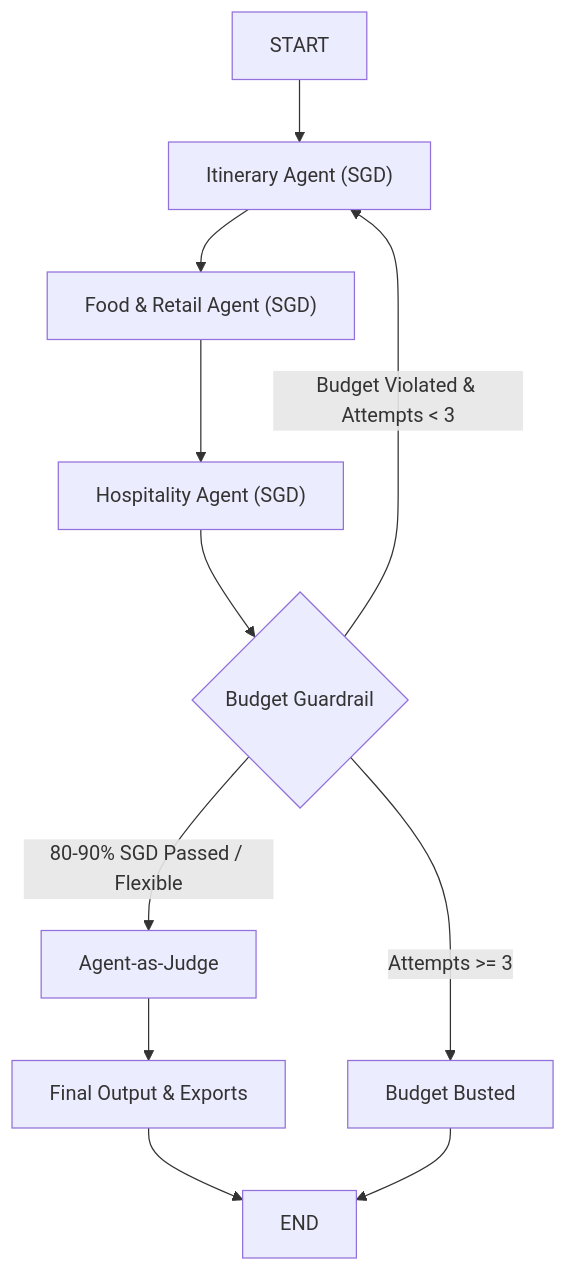
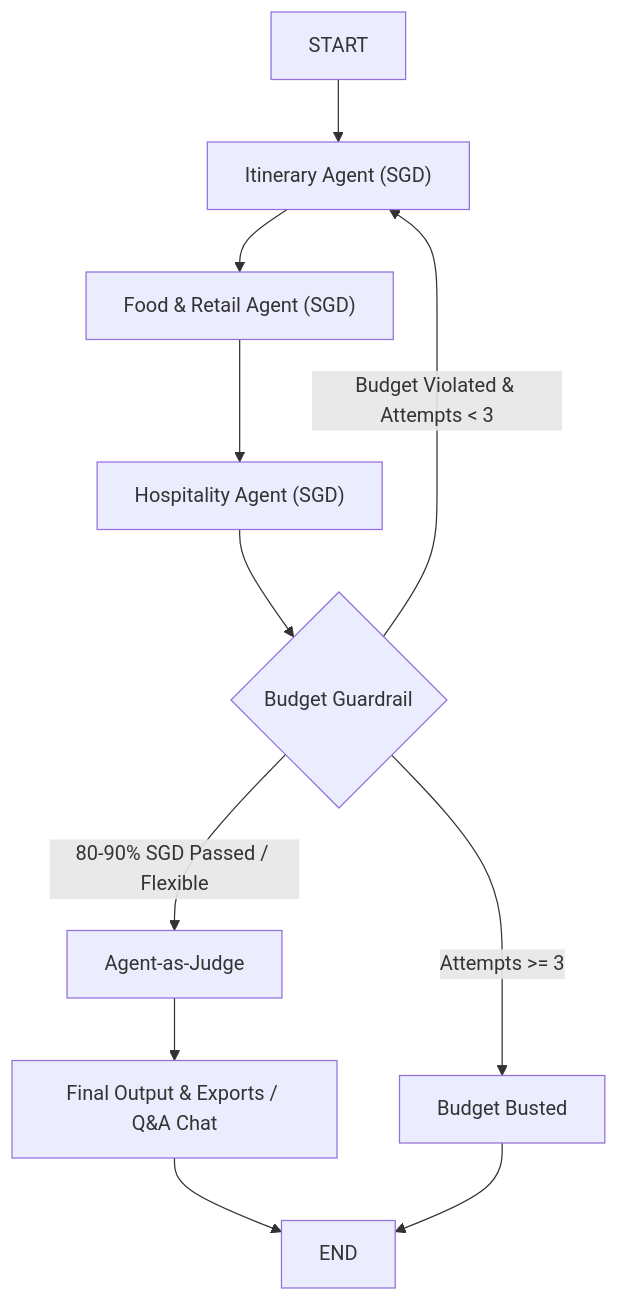
One commit to yanchangchen/aitravelbuddy changed the diagram in README.md. Above: the diagram before and after it, drawn with Mermaid. The commit also changed other lines of this file and 5 other files, not shown here.

````diff
--- a/README.md
+++ b/README.md
@@ -30,15 +29,15 @@
 ```mermaid
 graph TD
     A["START"] --> B["Itinerary Agent (SGD)"]
     B --> C["Food & Retail Agent (SGD)"]
     C --> D["Hospitality Agent (SGD)"]
     D --> E{"Budget Guardrail"}
     
     E -->|"80-90% SGD Passed / Flexible"| F["Agent-as-Judge"]
     E -->|"Budget Violated & Attempts < 3"| B
     E -->|"Attempts >= 3"| G["Budget Busted"]
     
-    F --> H["Final Output & Exports"]
+    F --> H["Final Output & Exports / Q&A Chat"]
     H --> I["END"]
     G --> I
 ```
````
